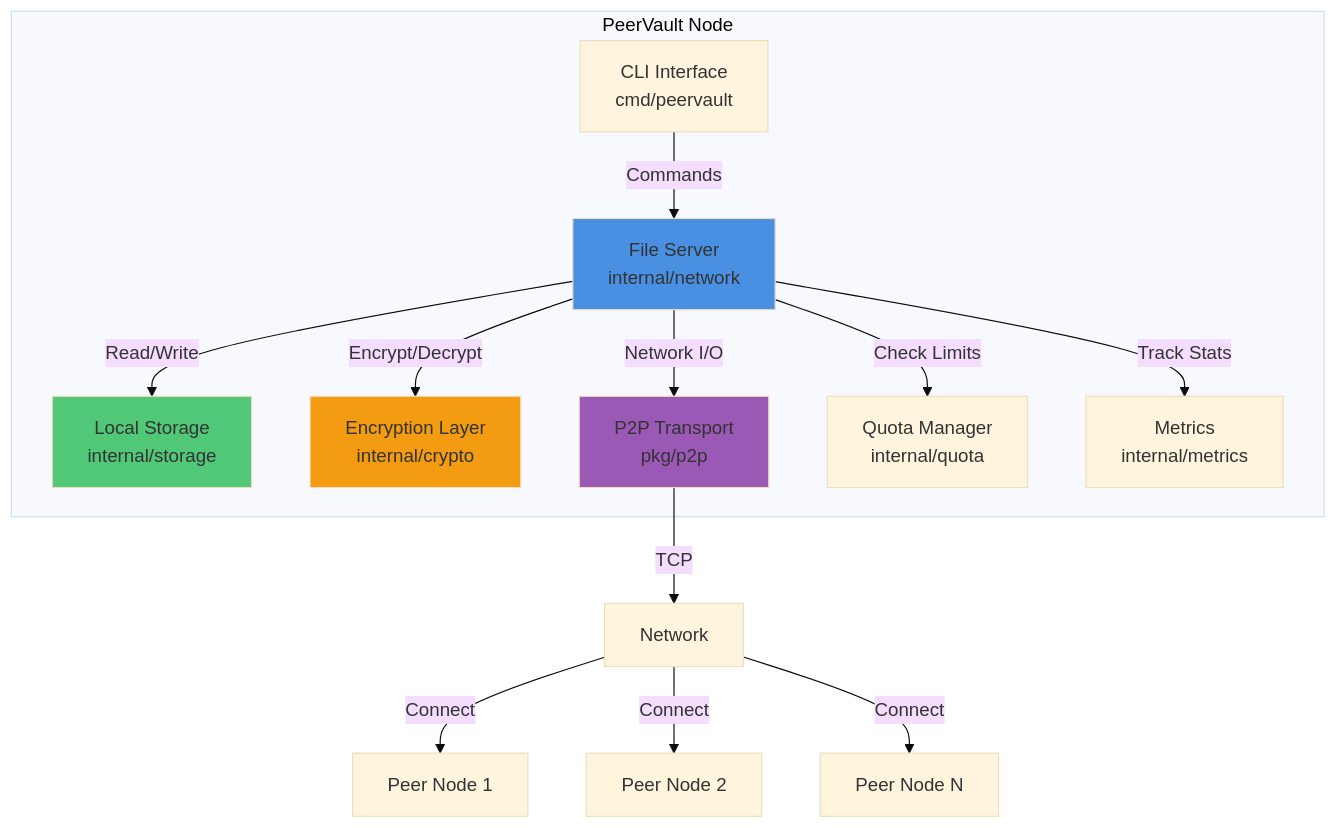
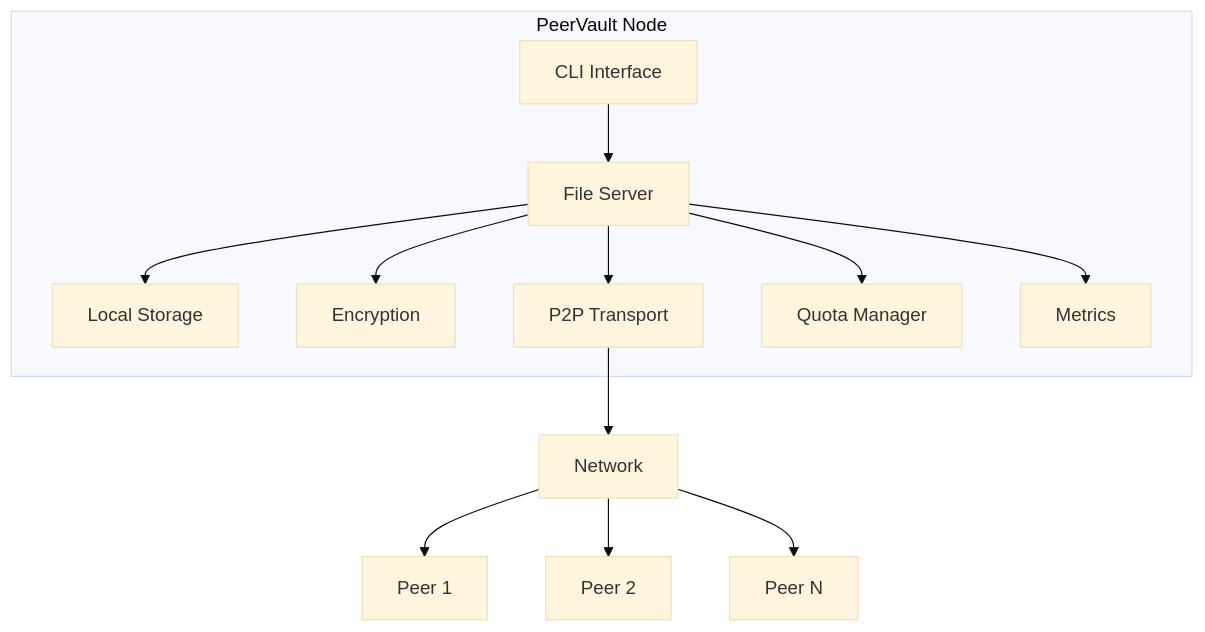
The first of 3 diagrams in README.md (AdityaKrSingh26/PeerVault), drawn with Mermaid (base theme) before and after one commit. The commit also changed other lines of this file, not shown here.

````diff
--- a/README.md
+++ b/README.md
@@ -102,29 +304,24 @@
 ```mermaid
 graph TB
     subgraph "PeerVault Node"
-        CLI[CLI Interface<br/>cmd/peervault]
-        Server[File Server<br/>internal/network]
-        Store[Local Storage<br/>internal/storage]
-        Crypto[Encryption Layer<br/>internal/crypto]
-        Transport[P2P Transport<br/>pkg/p2p]
-        Quota[Quota Manager<br/>internal/quota]
-        Metrics[Metrics<br/>internal/metrics]
+        CLI[CLI Interface]
+        Server[File Server]
+        Store[Local Storage]
+        Crypto[Encryption]
+        Transport[P2P Transport]
+        Quota[Quota Manager]
+        Metrics[Metrics]
     end
 
-    CLI -->|Commands| Server
-    Server -->|Read/Write| Store
-    Server -->|Encrypt/Decrypt| Crypto
-    Server -->|Network I/O| Transport
-    Server -->|Check Limits| Quota
-    Server -->|Track Stats| Metrics
-    Transport -->|TCP| Network[Network]
+    CLI --> Server
+    Server --> Store
+    Server --> Crypto
+    Server --> Transport
+    Server --> Quota
+    Server --> Metrics
+    Transport --> Network[Network]
 
-    Network -->|Connect| Peer1[Peer Node 1]
-    Network -->|Connect| Peer2[Peer Node 2]
-    Network -->|Connect| Peer3[Peer Node N]
-
-    style Server fill:#4a90e2
-    style Store fill:#50c878
-    style Crypto fill:#f39c12
-    style Transport fill:#9b59b6
+    Network --> Peer1[Peer 1]
+    Network --> Peer2[Peer 2]
+    Network --> Peer3[Peer N]
 ```
````
